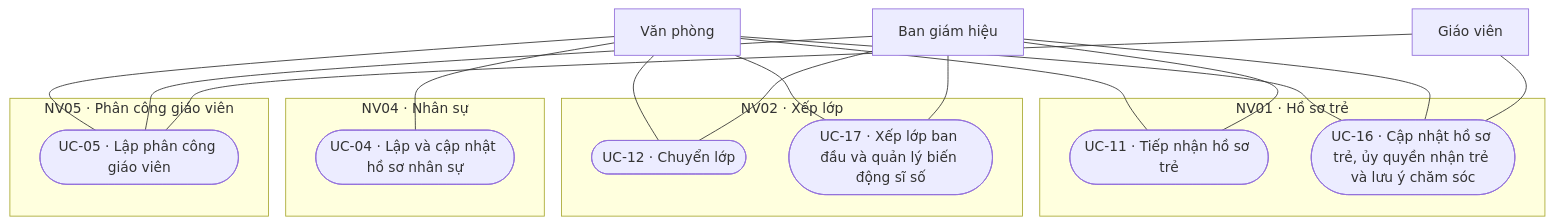
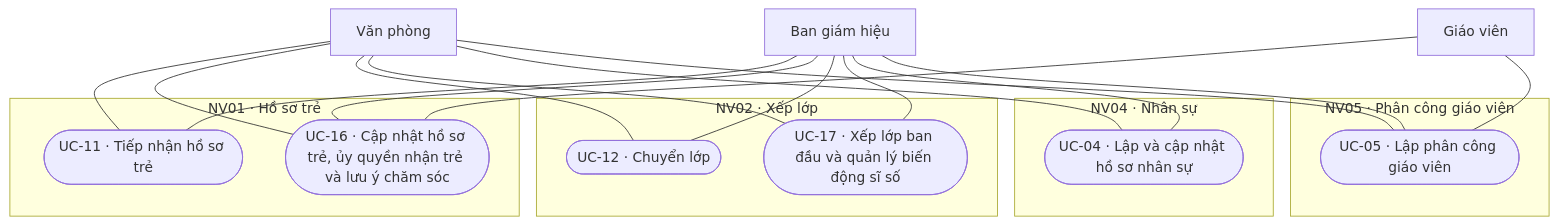
Before and after one commit to CAMEL1204/Kindergarten-Management-System: the second of 4 diagrams in docs/analysis/diagrams/use-case-toan-he-thong.md, drawn with Mermaid. The commit also changed other lines of this file, not shown here.

Commit message:
docs(analysis): add Ban giam hieu to UC-04 and UC-06 in use case diagram

````diff
--- a/docs/analysis/diagrams/use-case-toan-he-thong.md
+++ b/docs/analysis/diagrams/use-case-toan-he-thong.md
@@ -29,33 +29,34 @@
 ```mermaid
 flowchart TD
     subgraph N01["NV01 · Hồ sơ trẻ"]
         U11(["UC-11 · Tiếp nhận hồ sơ trẻ"])
         U16(["UC-16 · Cập nhật hồ sơ trẻ, ủy quyền nhận trẻ và lưu ý chăm sóc"])
     end
     subgraph N02["NV02 · Xếp lớp"]
         U12(["UC-12 · Chuyển lớp"])
         U17(["UC-17 · Xếp lớp ban đầu và quản lý biến động sĩ số"])
     end
     subgraph N04["NV04 · Nhân sự"]
         U04(["UC-04 · Lập và cập nhật hồ sơ nhân sự"])
     end
     subgraph N05["NV05 · Phân công giáo viên"]
         U05(["UC-05 · Lập phân công giáo viên"])
     end
     A1["Văn phòng"]
     A2["Ban giám hiệu"]
     A3["Giáo viên"]
     A1 --- U11
     A2 --- U11
     A1 --- U16
     A2 --- U16
     A3 --- U16
     A1 --- U12
     A2 --- U12
     A1 --- U17
     A2 --- U17
     A1 --- U04
+    A2 --- U04
     A1 --- U05
     A2 --- U05
     A3 --- U05
 ```
````
